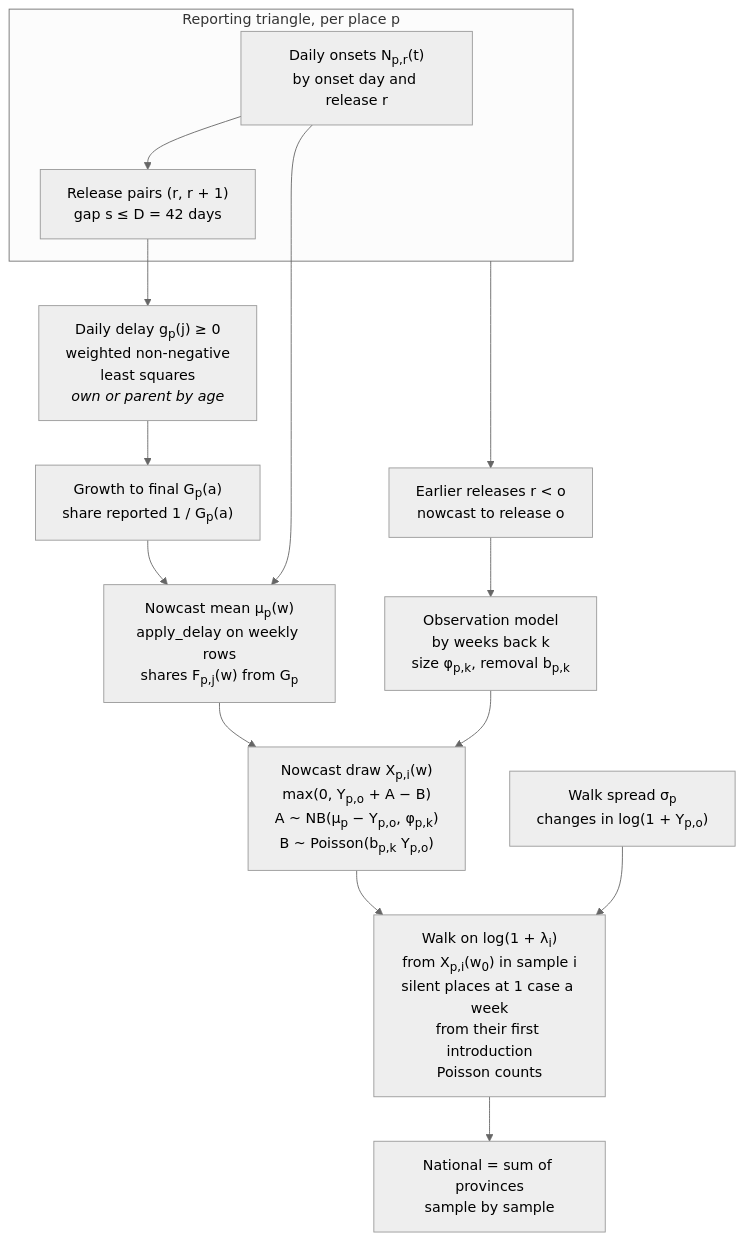
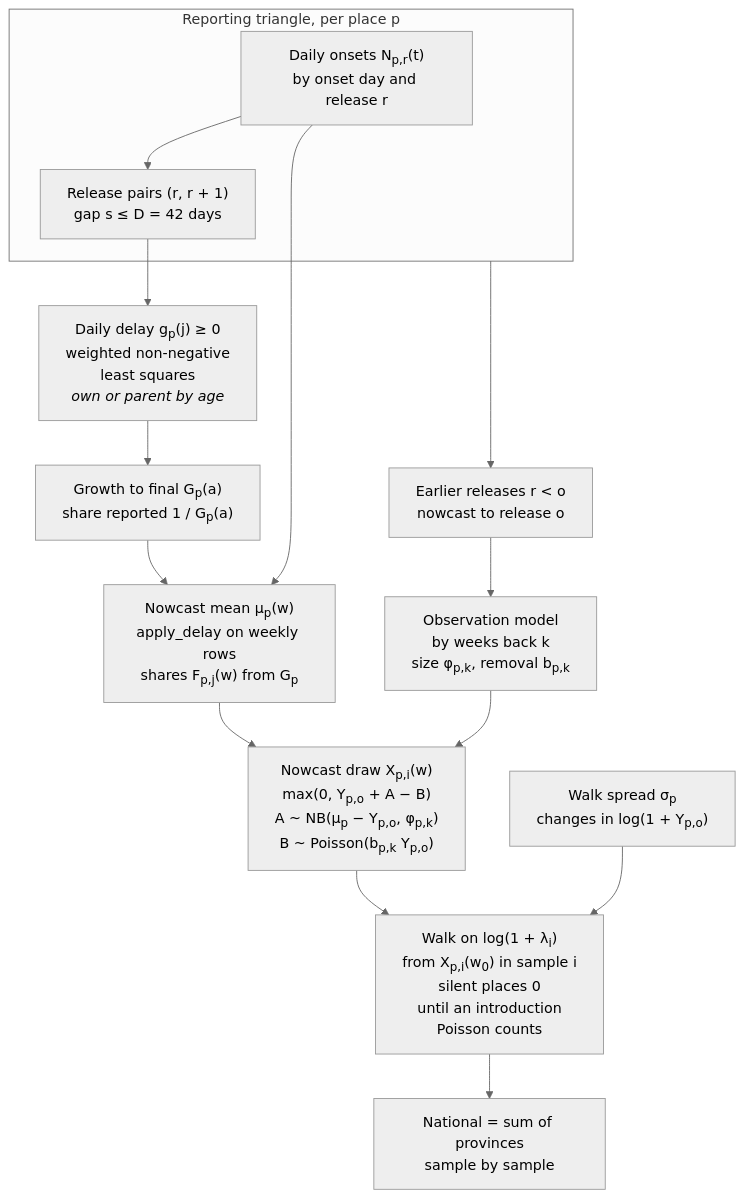
The first of 2 diagrams in docs/methods/baselines.md (seabbs/BDBVHubRenewal), drawn with Mermaid (neutral theme) before and after one commit. The commit also changed other lines of this file and 3 other files, not shown here.

First line of the commit message:
Walk randomwalknowcast as a local level from its latest reliable week

````diff
--- a/docs/methods/baselines.md
+++ b/docs/methods/baselines.md
@@ -16,29 +16,29 @@
 ```mermaid
 flowchart TD
     subgraph TRI["Reporting triangle, per place p"]
         SNAP["Daily onsets N<sub>p,r</sub>(t)<br/>by onset day and release r"]
         PAIR["Release pairs (r, r + 1)<br/>gap s ≤ D = 42 days"]
     end
     DEL["Daily delay g<sub>p</sub>(j) ≥ 0<br/>weighted non-negative<br/>least squares<br/><i>own or parent by age</i>"]
     G["Growth to final G<sub>p</sub>(a)<br/>share reported 1 / G<sub>p</sub>(a)"]
     MU["Nowcast mean μ<sub>p</sub>(w)<br/>apply_delay on weekly rows<br/>shares F<sub>p,j</sub>(w) from G<sub>p</sub>"]
     RETRO["Earlier releases r &lt; o<br/>nowcast to release o"]
     OBS["Observation model<br/>by weeks back k<br/>size φ<sub>p,k</sub>, removal b<sub>p,k</sub>"]
     X["Nowcast draw X<sub>p,i</sub>(w)<br/>max(0, Y<sub>p,o</sub> + A − B)<br/>A ~ NB(μ<sub>p</sub> − Y<sub>p,o</sub>, φ<sub>p,k</sub>)<br/>B ~ Poisson(b<sub>p,k</sub> Y<sub>p,o</sub>)"]
     SIG["Walk spread σ<sub>p</sub><br/>changes in log(1 + Y<sub>p,o</sub>)"]
-    W["Walk on log(1 + λ<sub>i</sub>)<br/>from X<sub>p,i</sub>(w<sub>0</sub>) in sample i<br/>silent places at 1 case a week<br/>from their first introduction<br/>Poisson counts"]
+    W["Walk on log(1 + λ<sub>i</sub>)<br/>from X<sub>p,i</sub>(w<sub>0</sub>) in sample i<br/>silent places 0<br/>until an introduction<br/>Poisson counts"]
     NAT["National = sum of provinces<br/>sample by sample"]
 
     SNAP --> PAIR
     PAIR --> DEL
     DEL --> G
     G --> MU
     SNAP --> MU
     TRI --> RETRO
     RETRO --> OBS
     MU --> X
     OBS --> X
     X --> W
     SIG --> W
     W --> NAT
 ```
````
